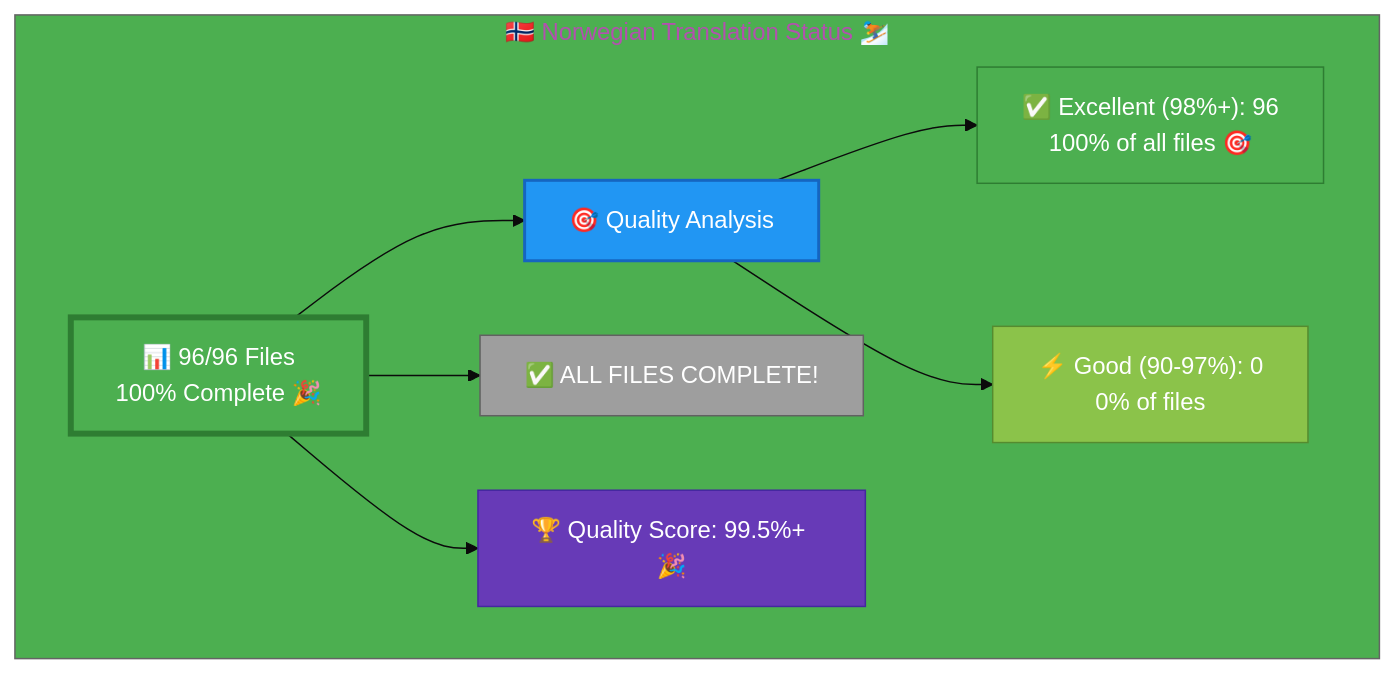
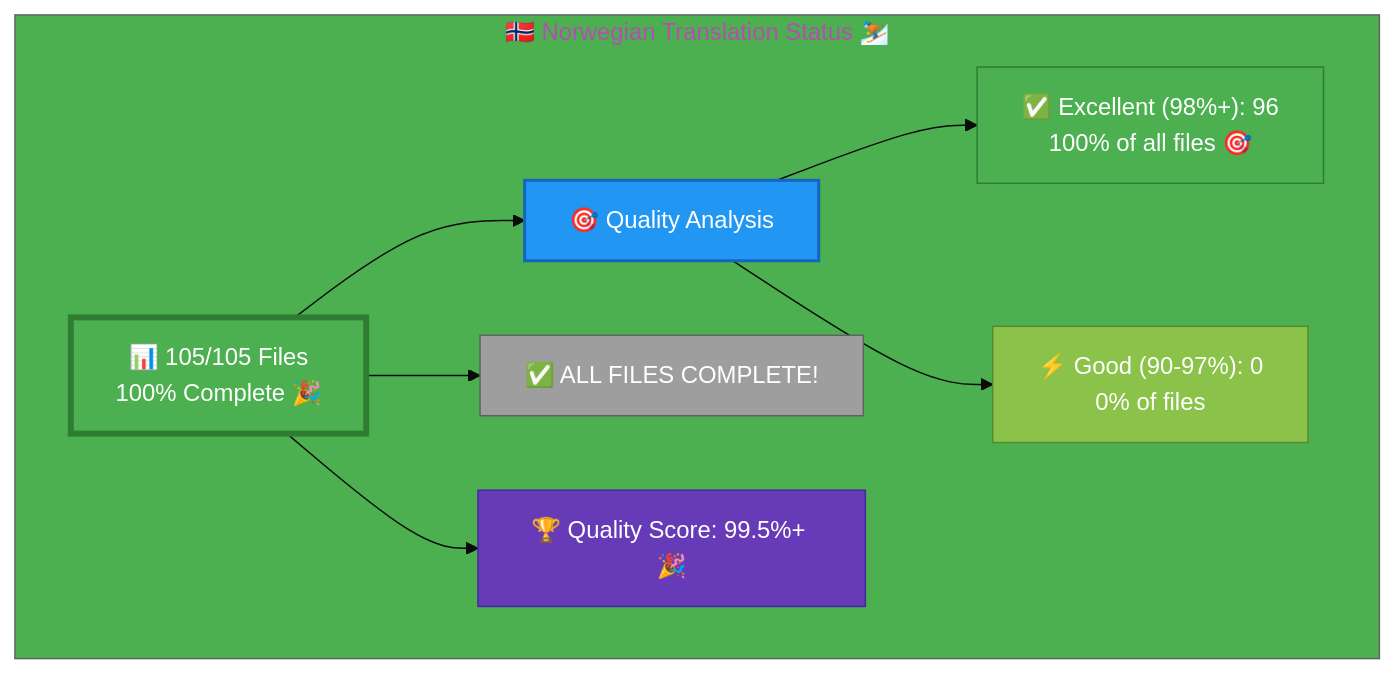
The diagram in Norwegian-Translation-Status.md (Hack23/homepage), drawn with Mermaid before and after one commit. The commit also changed other lines of this file and 9 other files, not shown here.

````diff
--- a/Norwegian-Translation-Status.md
+++ b/Norwegian-Translation-Status.md
@@ -12,22 +12,22 @@
 ```mermaid
 %%{init: {'theme':'base', 'themeVariables': {'primaryColor':'#4CAF50','secondaryColor':'#2196F3','tertiaryColor':'#4CAF50','fontSize':'16px'}}}%%
 graph TB
     subgraph "🇳🇴 Norwegian Translation Status ⛷️"
-        A["📊 96/96 Files<br/>100% Complete 🎉 "]
+        A["📊 105/105 Files<br/>100% Complete 🎉 "]
         
         A --> B["🎯 Quality Analysis"]
         B --> C["✅ Excellent (98%+): 96<br/>100% of all files 🎯"]
         B --> D["⚡ Good (90-97%): 0<br/>0% of files"]
         
         A --> G["✅ ALL FILES COMPLETE!"]
         
         A --> H["🏆 Quality Score: 99.5%+ 🎉"]
         
         style A fill:#4CAF50,stroke:#2E7D32,color:#fff,stroke-width:4px
         style B fill:#2196F3,stroke:#1565C0,color:#fff,stroke-width:2px
         style C fill:#4CAF50,stroke:#2E7D32,color:#fff
         style D fill:#8BC34A,stroke:#558B2F,color:#fff
         style G fill:#9E9E9E,stroke:#616161,color:#fff
         style H fill:#673AB7,stroke:#4527A0,color:#fff
     end
 ```
````
